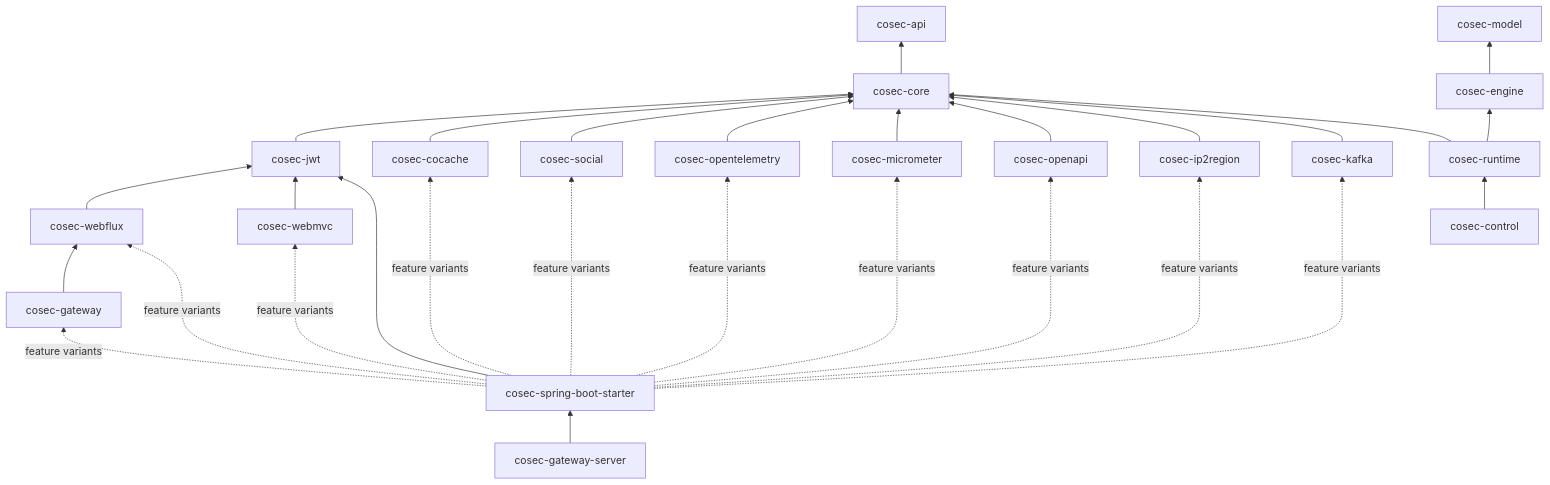
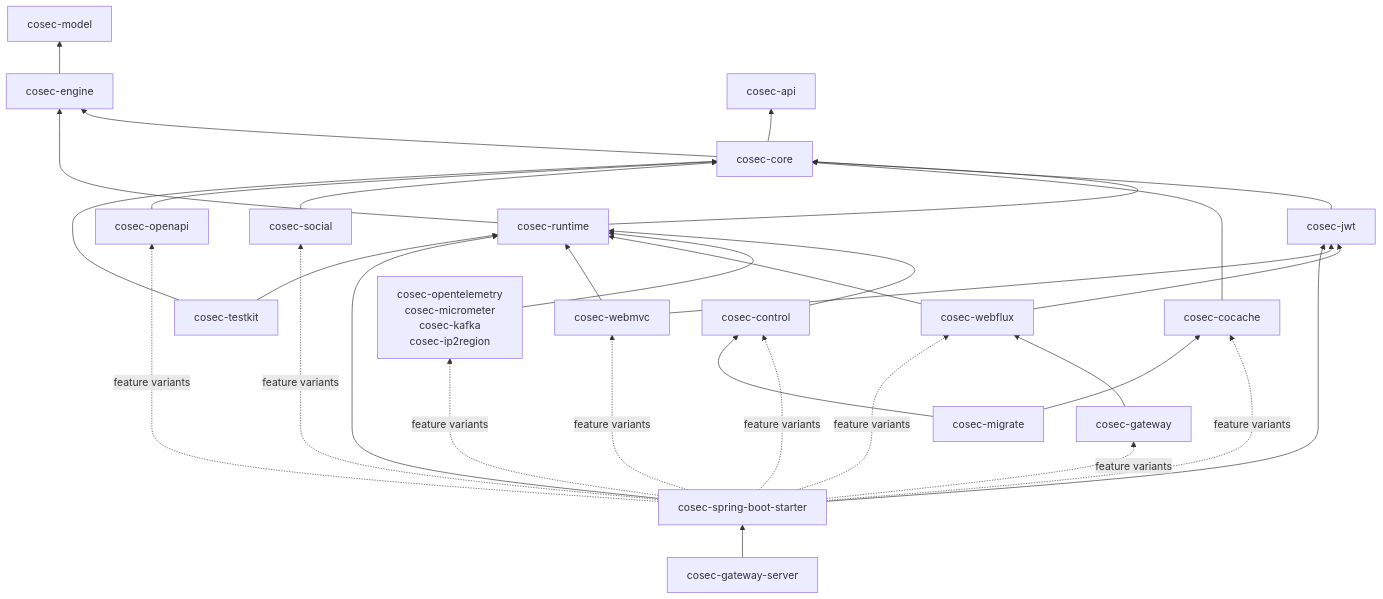
The first of 3 diagrams in wiki/zh/architecture/overview.md (Ahoo-Wang/CoSec), drawn with Mermaid before and after one commit. The commit also changed other lines of this file and 54 other files, not shown here.

````diff
--- a/wiki/zh/architecture/overview.md
+++ b/wiki/zh/architecture/overview.md
@@ -20,23 +21,22 @@
 ```mermaid
 flowchart BT
+    model[cosec-model]
+    engine[cosec-engine] --> model
     api[cosec-api]
-    core[cosec-core] --> api
+    core[cosec-core] --> api & engine
+    runtime[cosec-runtime] --> engine & core
+    control[cosec-control] --> runtime
     jwt[cosec-jwt] --> core
     cocache[cosec-cocache] --> core
     social[cosec-social] --> core
-    otel[cosec-opentelemetry] --> core
-    micrometer[cosec-micrometer] --> core
     openapi[cosec-openapi] --> core
-    ip2r[cosec-ip2region] --> core
-    kafka[cosec-kafka] --> core
-    webflux[cosec-webflux] --> jwt
-    webmvc[cosec-webmvc] --> jwt
+    listeners[cosec-opentelemetry<br>cosec-micrometer<br>cosec-kafka<br>cosec-ip2region] --> runtime
+    webflux[cosec-webflux] --> runtime & jwt
+    webmvc[cosec-webmvc] --> runtime & jwt
     gateway[cosec-gateway] --> webflux
-    starter[cosec-spring-boot-starter] --> jwt
-    starter -. feature variants .-> webflux & webmvc & gateway & cocache & social & otel & micrometer & openapi & ip2r & kafka
+    starter[cosec-spring-boot-starter] --> runtime & jwt
+    starter -. feature variants .-> webflux & webmvc & gateway & cocache & control & social & listeners & openapi
+    migrate[cosec-migrate] --> cocache & control
+    testkit[cosec-testkit] --> core & runtime
     server[cosec-gateway-server] --> starter
-    model[cosec-model]
-    engine[cosec-engine] --> model
-    runtime[cosec-runtime] --> engine & core
-    control[cosec-control] --> runtime
 ```
````
